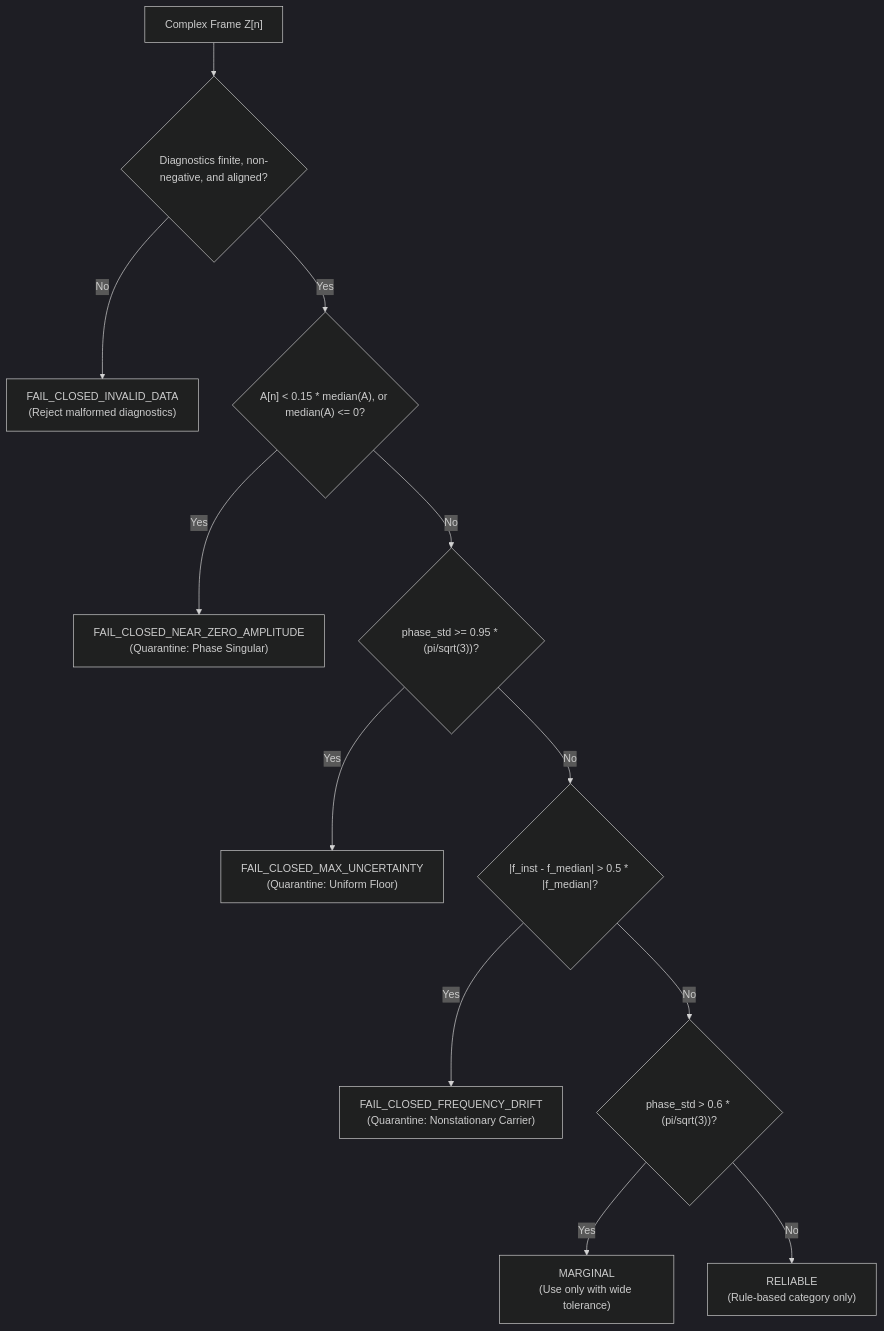
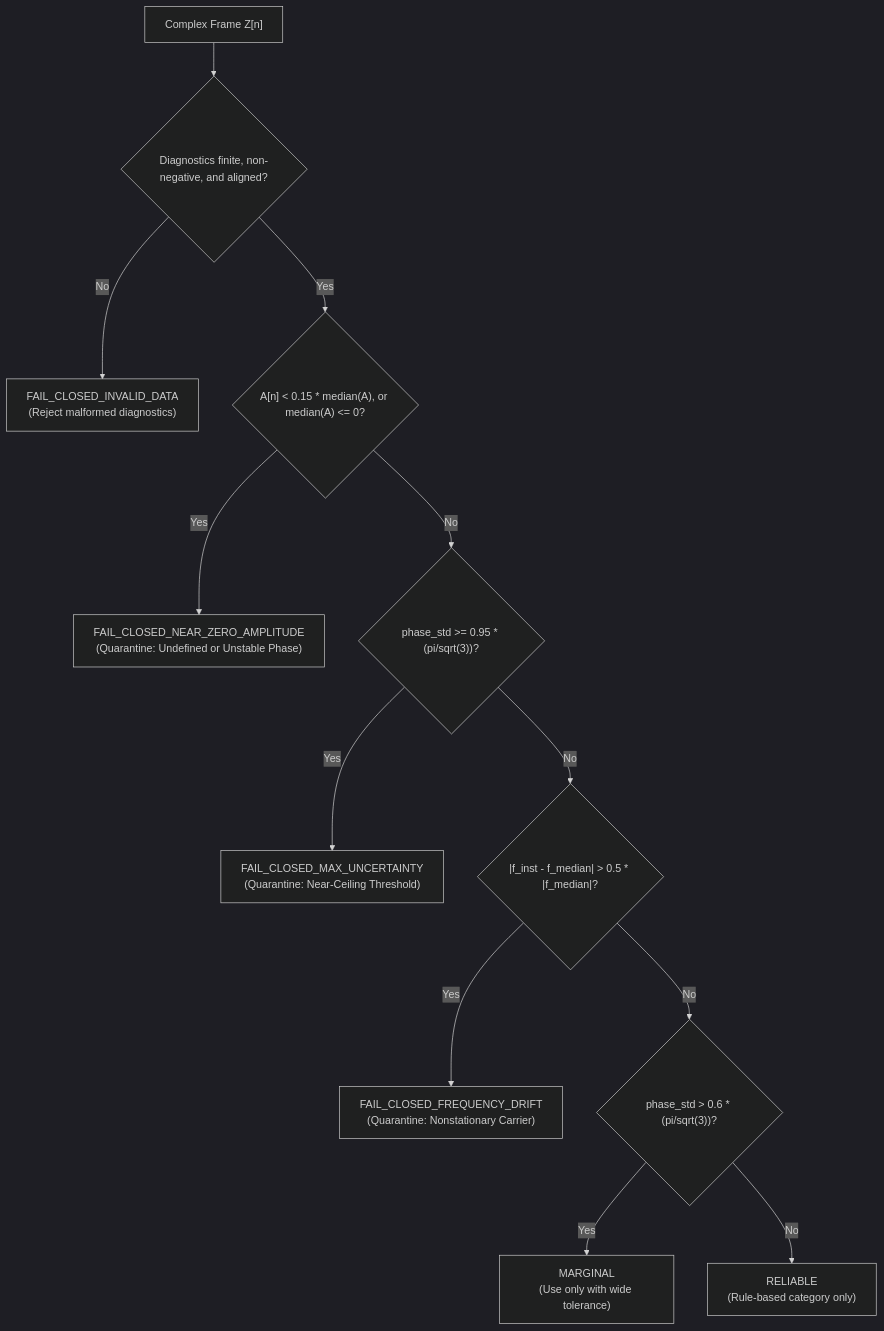
One commit to ChristianV997/NeuroTopology-Sim changed the diagram in docs/phase_uncertainty_calibration.md. Above: the diagram before and after it, drawn with Mermaid (dark theme). The commit also changed other lines of this file and 1 other file, not shown here.

Commit message:
docs(phase_uncertainty): clarify fail-closed limits

````diff
--- a/docs/phase_uncertainty_calibration.md
+++ b/docs/phase_uncertainty_calibration.md
@@ -95,14 +95,14 @@
 ```mermaid
 flowchart TD
     A["Complex Frame Z[n]"] --> B{"Diagnostics finite, non-negative, and aligned?"}
     B -- No --> C["FAIL_CLOSED_INVALID_DATA<br>(Reject malformed diagnostics)"]
     B -- Yes --> D{"A[n] < 0.15 * median(A), or median(A) <= 0?"}
-    D -- Yes --> E["FAIL_CLOSED_NEAR_ZERO_AMPLITUDE<br>(Quarantine: Phase Singular)"]
+    D -- Yes --> E["FAIL_CLOSED_NEAR_ZERO_AMPLITUDE<br>(Quarantine: Undefined or Unstable Phase)"]
     D -- No --> F{"phase_std >= 0.95 * (pi/sqrt(3))?"}
-    F -- Yes --> G["FAIL_CLOSED_MAX_UNCERTAINTY<br>(Quarantine: Uniform Floor)"]
+    F -- Yes --> G["FAIL_CLOSED_MAX_UNCERTAINTY<br>(Quarantine: Near-Ceiling Threshold)"]
     F -- No --> H{"|f_inst - f_median| > 0.5 * |f_median|?"}
     H -- Yes --> I["FAIL_CLOSED_FREQUENCY_DRIFT<br>(Quarantine: Nonstationary Carrier)"]
     H -- No --> J{"phase_std > 0.6 * (pi/sqrt(3))?"}
     J -- Yes --> K["MARGINAL<br>(Use only with wide tolerance)"]
     J -- No --> L["RELIABLE<br>(Rule-based category only)"]
 ```
````
